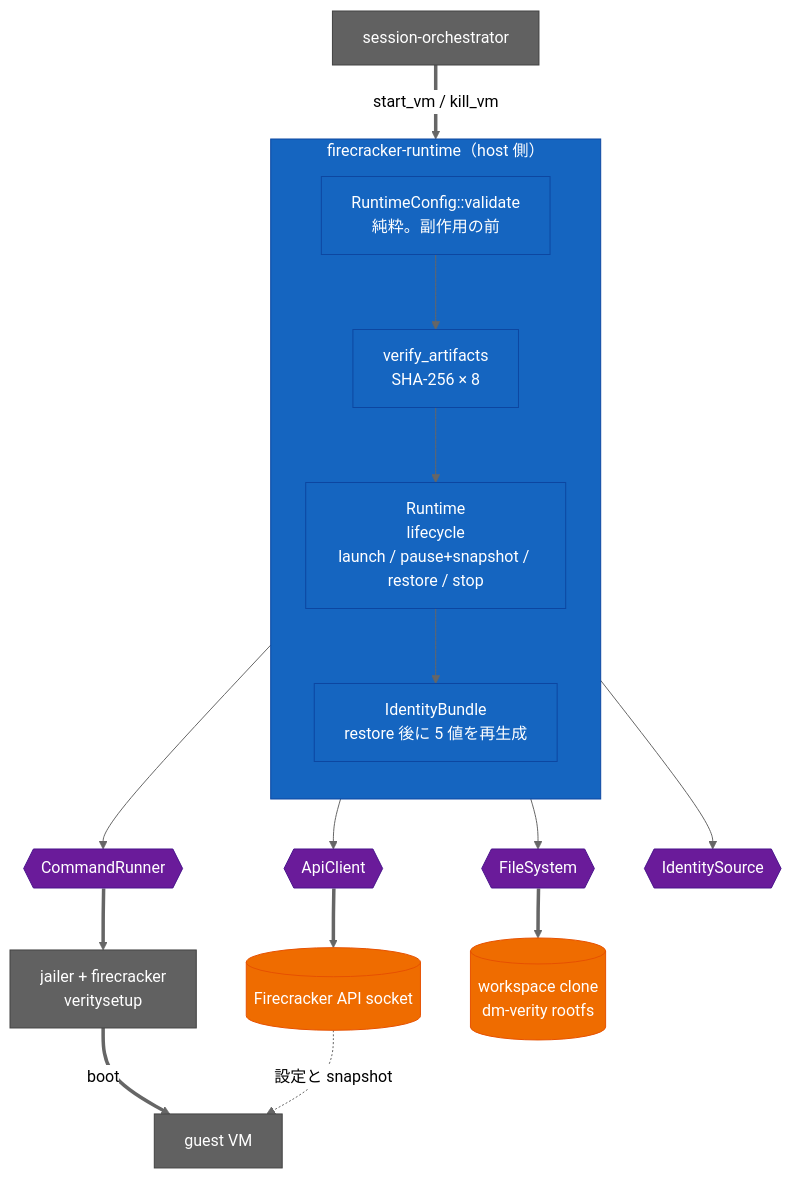
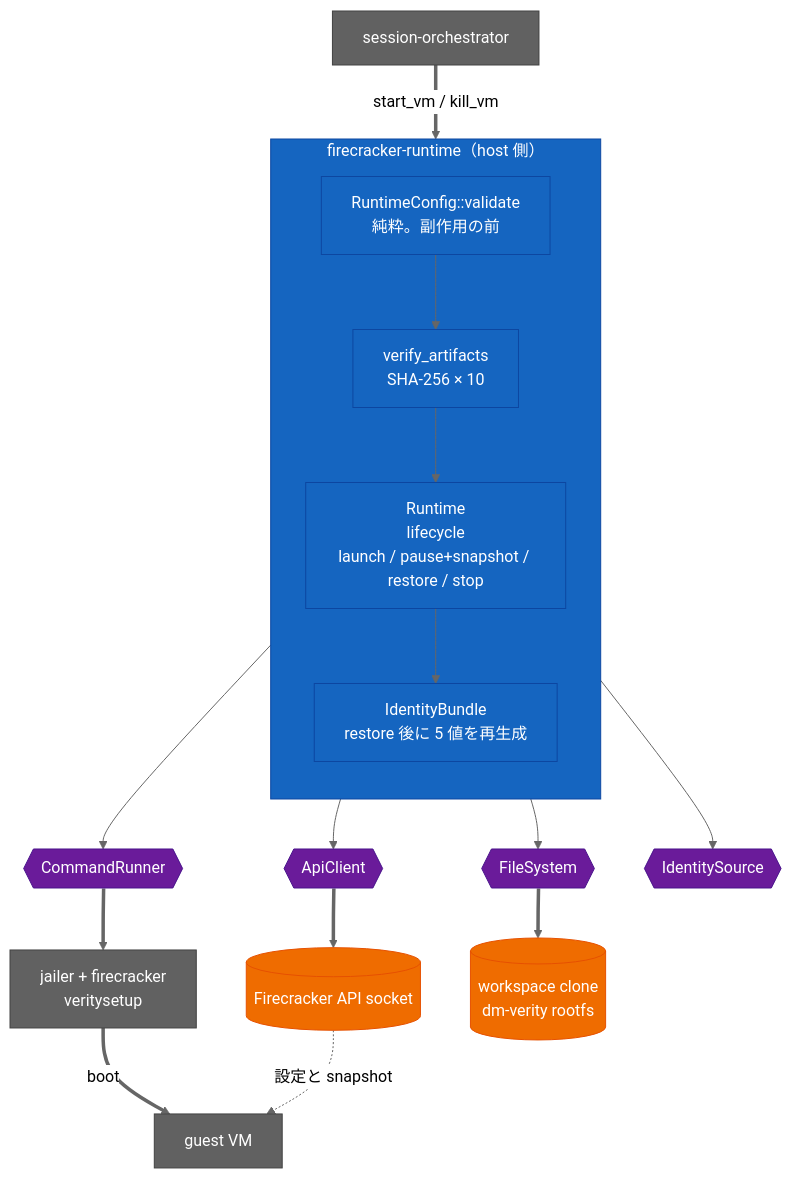
Before and after one commit to Aqua-218/SecCamp-AIAgent: the diagram in docs/firecracker-runtime/README.md, drawn with Mermaid (neutral theme). The commit also changed other lines of this file, not shown here.

Commit message:
docs(firecracker-runtime): list the seccomp artifacts in the crate summary

````diff
--- a/docs/firecracker-runtime/README.md
+++ b/docs/firecracker-runtime/README.md
@@ -15,45 +15,45 @@
 ```mermaid
 flowchart TB
     orch["session-orchestrator"]
 
     subgraph fr["firecracker-runtime（host 側）"]
         direction TB
         cfg["RuntimeConfig::validate<br/>純粋。副作用の前"]
-        verify["verify_artifacts<br/>SHA-256 × 8"]
+        verify["verify_artifacts<br/>SHA-256 × 10"]
         rt["Runtime<br/>lifecycle<br/>launch / pause+snapshot / restore / stop"]
         ids["IdentityBundle<br/>restore 後に 5 値を再生成"]
     end
 
     cmd{{"CommandRunner"}}
     fs{{"FileSystem"}}
     api{{"ApiClient"}}
     ent{{"IdentitySource"}}
 
     jailer["jailer + firecracker<br/>veritysetup"]
     sock[("Firecracker API socket")]
     ws[("workspace clone<br/>dm-verity rootfs")]
     guest["guest VM"]
 
     orch ==>|"start_vm / kill_vm"| rt
     cfg --> verify
     verify --> rt
     rt --> ids
     rt --> cmd
     rt --> fs
     rt --> api
     ids --> ent
     cmd ==> jailer
     fs ==> ws
     api ==> sock
     jailer ==>|"boot"| guest
     sock -.->|"設定と snapshot"| guest
 
     classDef host fill:#1565c0,color:#fff,stroke:#0d47a1;
     classDef seam fill:#6a1b9a,color:#fff,stroke:#4a148c;
     classDef data fill:#ef6c00,color:#fff,stroke:#e65100;
     classDef external fill:#616161,color:#fff,stroke:#424242;
     class fr,cfg,verify,rt,ids host;
     class cmd,fs,api,ent seam;
     class orch,jailer,guest external;
     class ws,sock data;
 ```
````
